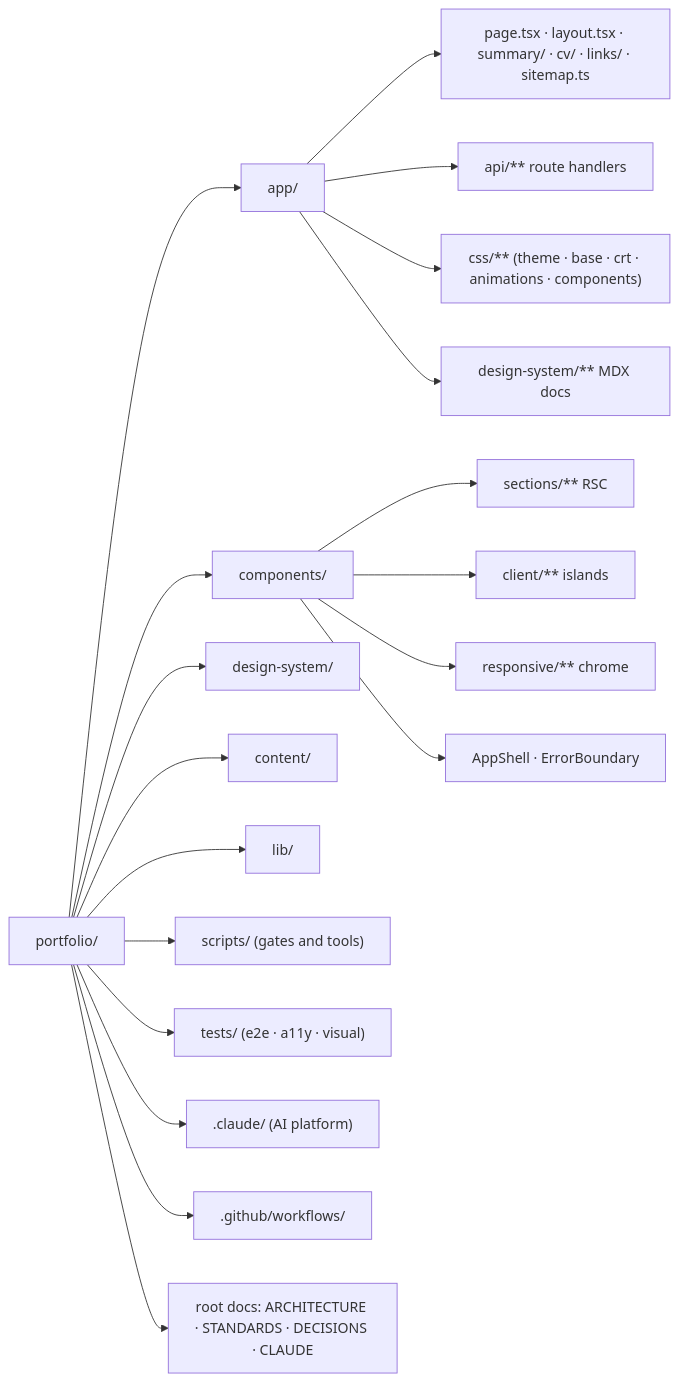
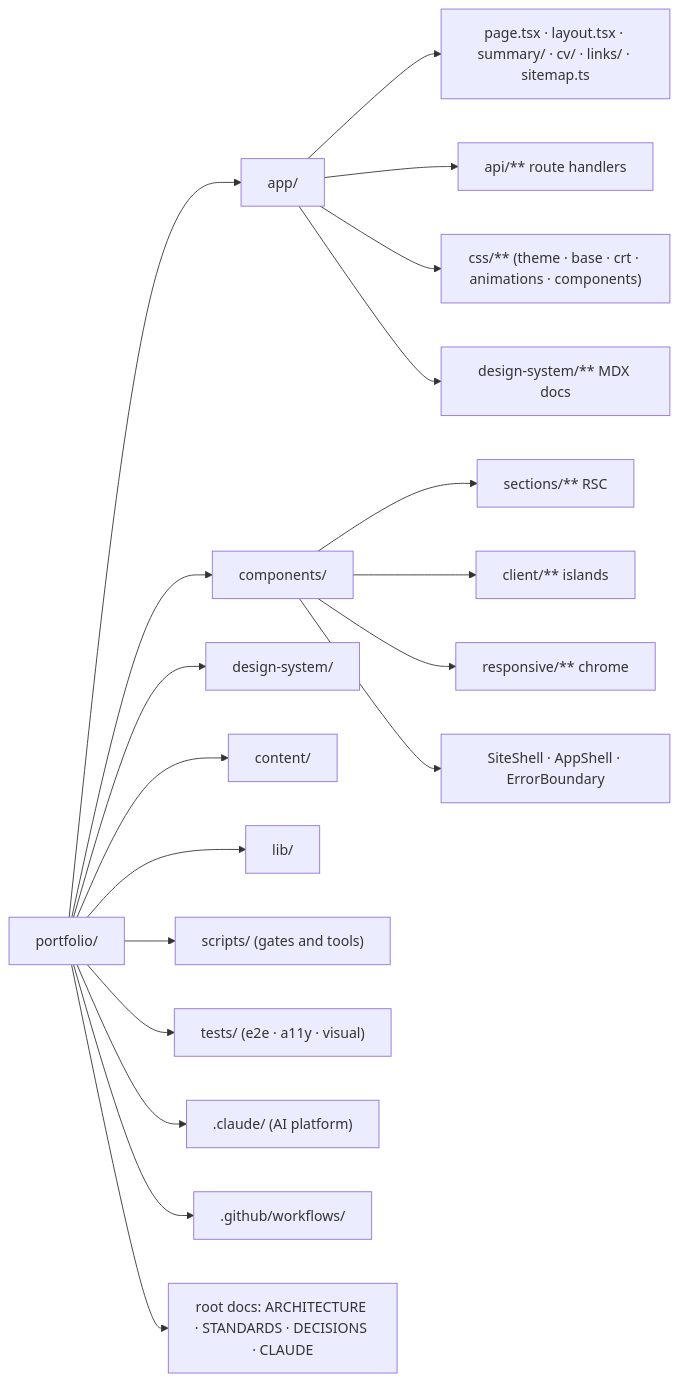
One commit to erikunha/portfolio changed the second of 3 diagrams in docs/01-architecture.md. Above: the diagram before and after it, drawn with Mermaid. The commit also changed other lines of this file and 35 other files, not shown here.

````diff
--- a/docs/01-architecture.md
+++ b/docs/01-architecture.md
@@ -74,23 +74,23 @@
 ```mermaid
 flowchart LR
     root["portfolio/"]
     root --> app["app/"]
     root --> comp["components/"]
     root --> dsx["design-system/"]
     root --> cont["content/"]
     root --> lib["lib/"]
     root --> scr["scripts/ (gates and tools)"]
     root --> tst["tests/ (e2e · a11y · visual)"]
     root --> cl[".claude/ (AI platform)"]
     root --> gh[".github/workflows/"]
     root --> docs["root docs: ARCHITECTURE · STANDARDS · DECISIONS · CLAUDE"]
 
     app --> a1["page.tsx · layout.tsx · summary/ · cv/ · links/ · sitemap.ts"]
     app --> a2["api/** route handlers"]
     app --> a3["css/** (theme · base · crt · animations · components)"]
     app --> a4["design-system/** MDX docs"]
     comp --> c1["sections/** RSC"]
     comp --> c2["client/** islands"]
     comp --> c3["responsive/** chrome"]
-    comp --> c4["AppShell · ErrorBoundary"]
+    comp --> c4["SiteShell · AppShell · ErrorBoundary"]
 ```
````
